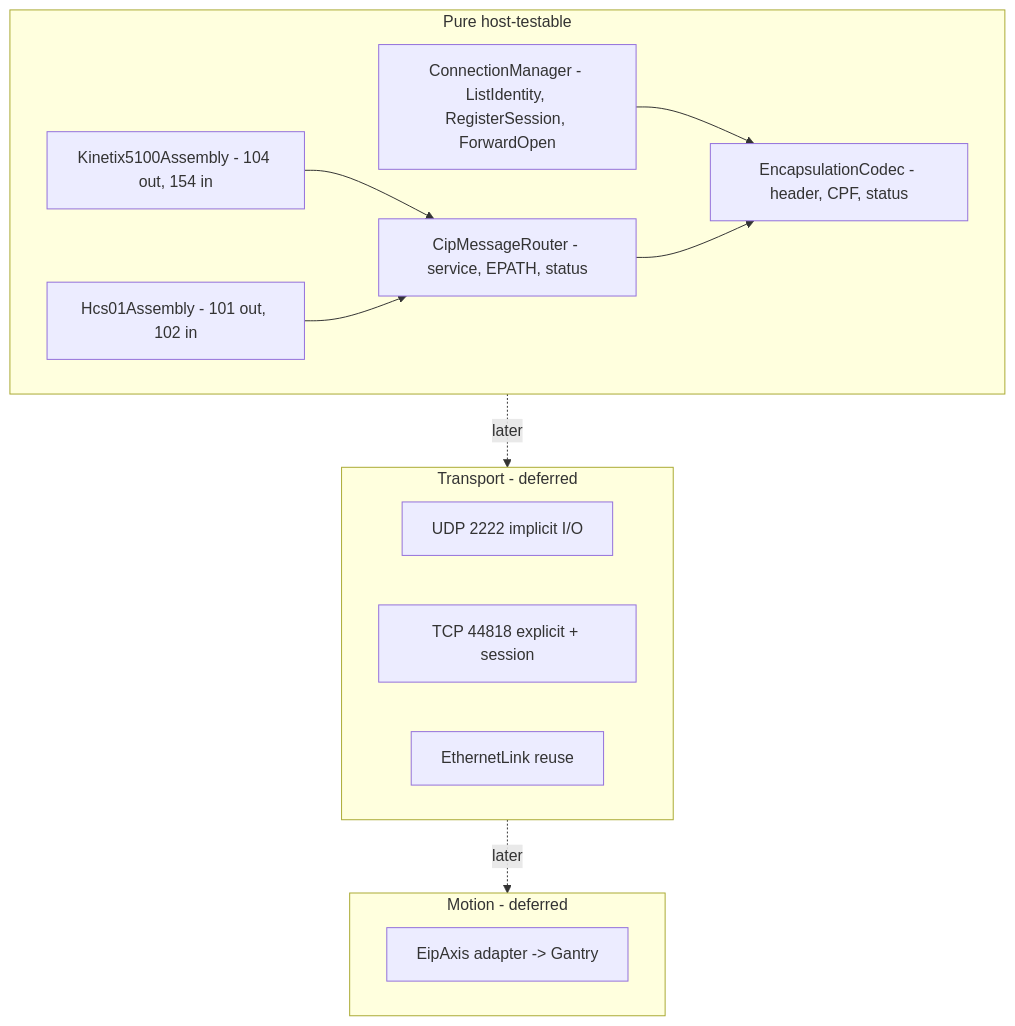
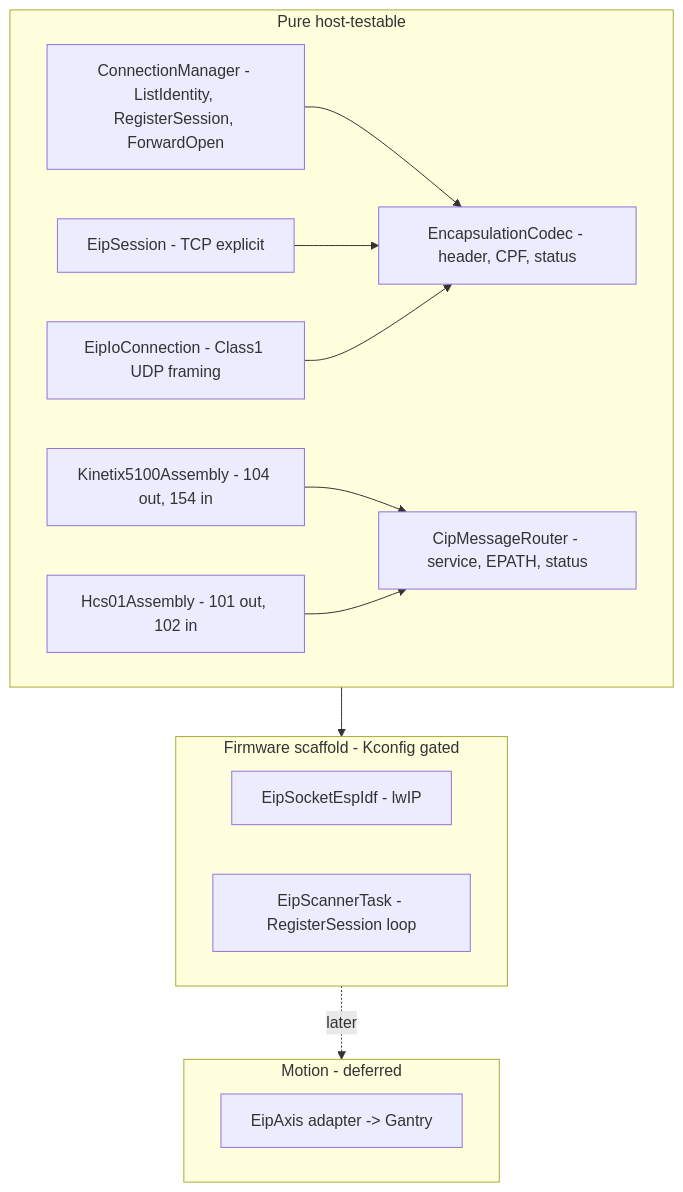
The diagram in docs/EIP_MIGRATION.md (Mynderse-Research-Lab/wt32-eth01-FreeRTOS), drawn with Mermaid before and after one commit. The commit also changed other lines of this file and 19 other files, not shown here.

First line of the commit message:
Add EtherNet/IP transport scaffolding with Kconfig-gated scanner task

````diff
--- a/docs/EIP_MIGRATION.md
+++ b/docs/EIP_MIGRATION.md
@@ -288,24 +288,26 @@
 ```mermaid
 flowchart TB
   subgraph pure [Pure host-testable]
     enc["EncapsulationCodec - header, CPF, status"]
     cip["CipMessageRouter - service, EPATH, status"]
     cm["ConnectionManager - ListIdentity, RegisterSession, ForwardOpen"]
     k5100["Kinetix5100Assembly - 104 out, 154 in"]
     hcs01["Hcs01Assembly - 101 out, 102 in"]
+    sess["EipSession - TCP explicit"]
+    io["EipIoConnection - Class1 UDP framing"]
   end
-  subgraph transport [Transport - deferred]
-    udp["UDP 2222 implicit I/O"]
-    tcp["TCP 44818 explicit + session"]
-    link["EthernetLink reuse"]
+  subgraph fw [Firmware scaffold - Kconfig gated]
+    sock["EipSocketEspIdf - lwIP"]
+    task["EipScannerTask - RegisterSession loop"]
   end
   subgraph motion [Motion - deferred]
     axis["EipAxis adapter -> Gantry"]
   end
   cm --> enc
   k5100 --> cip
   hcs01 --> cip
-  cip --> enc
-  pure -. later .-> transport
-  transport -. later .-> motion
+  sess --> enc
+  io --> enc
+  pure --> fw
+  fw -. later .-> motion
 ```
````
